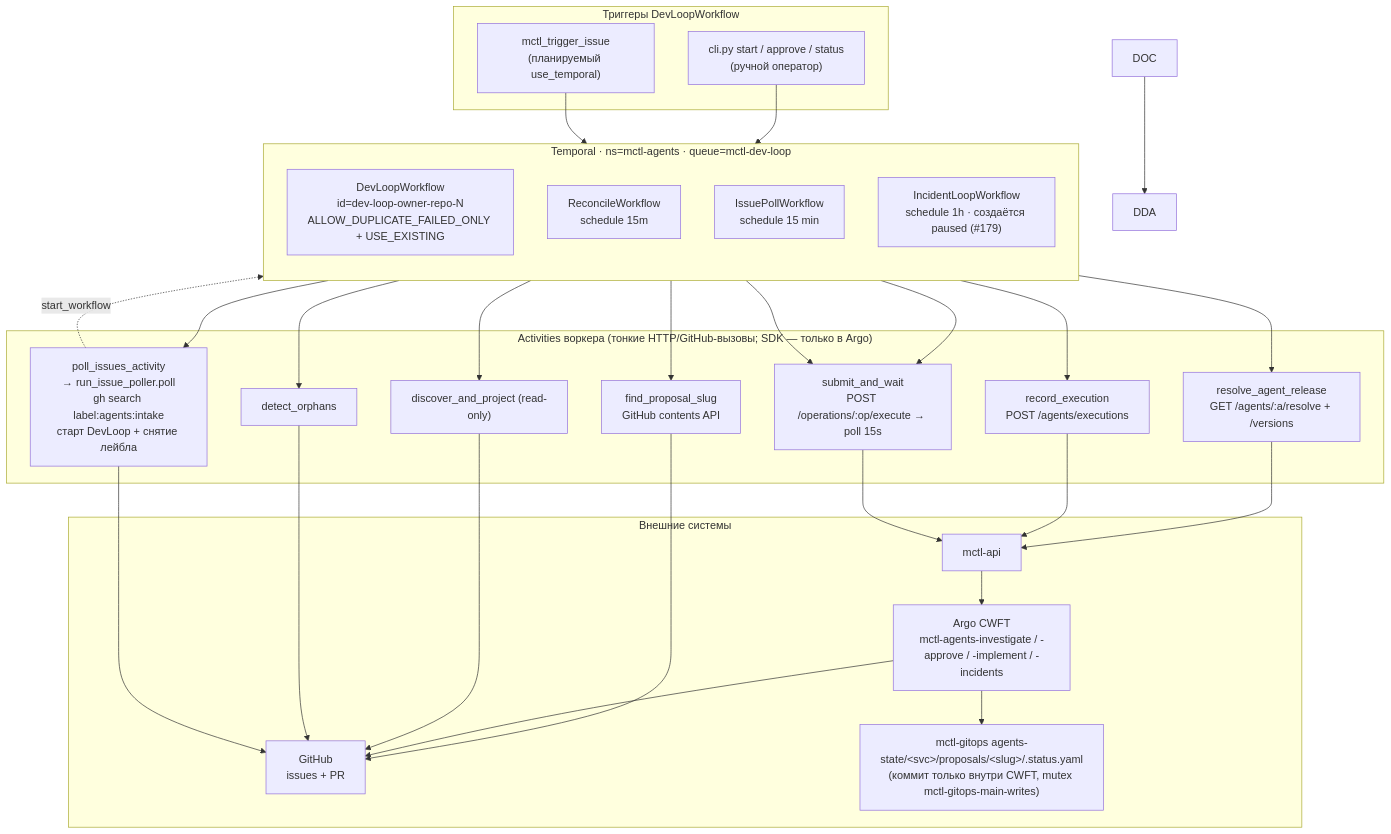
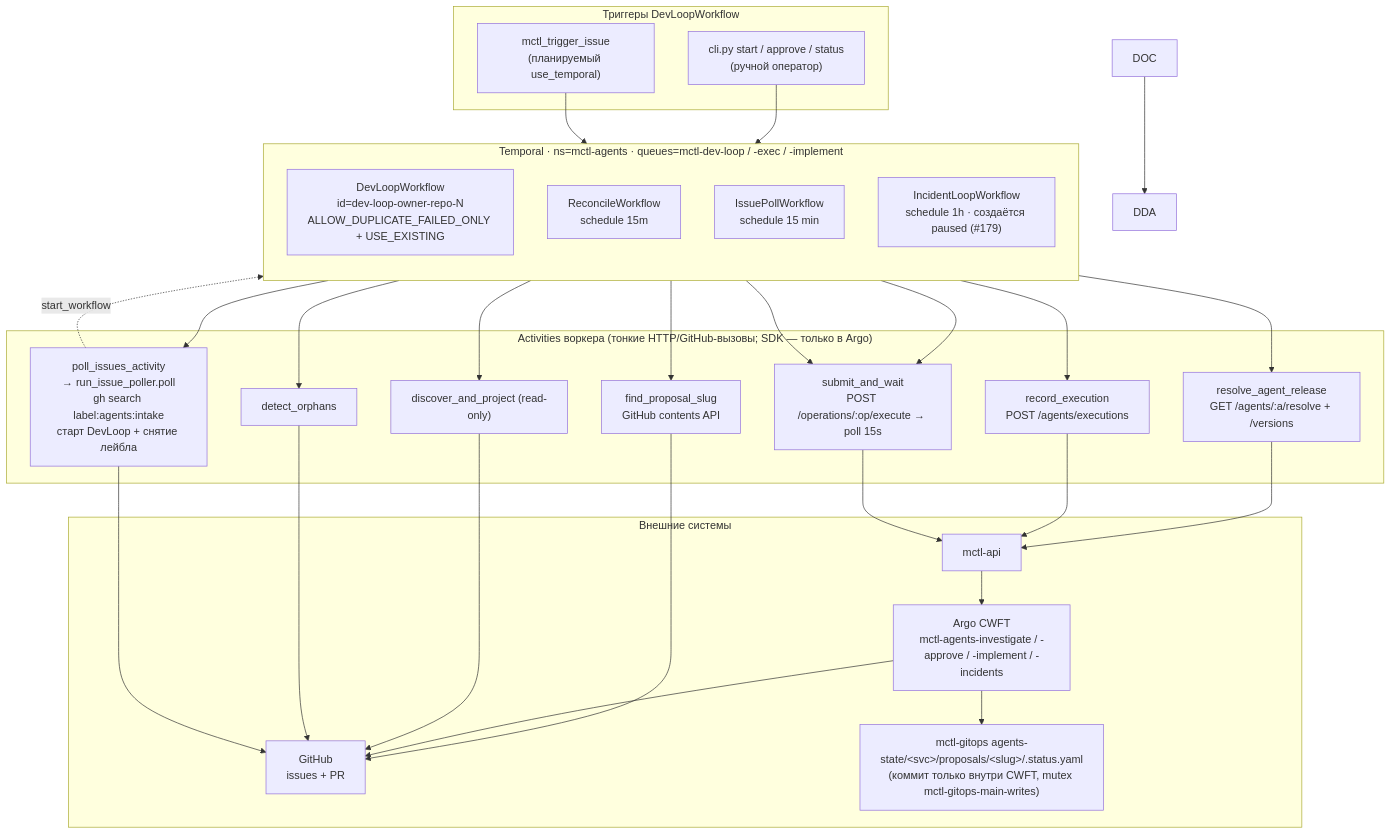
One commit to mctlhq/mctl-agents changed the first of 4 diagrams in docs/temporal-flow.md. Above: the diagram before and after it, drawn with Mermaid. The commit also changed 11 other files, not shown here.

````diff
--- a/docs/temporal-flow.md
+++ b/docs/temporal-flow.md
@@ -14,56 +14,56 @@
 ```mermaid
 flowchart TB
     subgraph TRIG["Триггеры DevLoopWorkflow"]
         CLI["cli.py start / approve / status<br/>(ручной оператор)"]
         MCP["mctl_trigger_issue<br/>(планируемый use_temporal)"]
     end
 
-    subgraph TMP["Temporal · ns=mctl-agents · queue=mctl-dev-loop"]
+    subgraph TMP["Temporal · ns=mctl-agents · queues=mctl-dev-loop / -exec / -implement"]
         direction TB
         DEV["DevLoopWorkflow<br/>id=dev-loop-owner-repo-N<br/>ALLOW_DUPLICATE_FAILED_ONLY + USE_EXISTING"]
         REC["ReconcileWorkflow<br/>schedule 15m"]
         ISS["IssuePollWorkflow<br/>schedule 15 min"]
         INC["IncidentLoopWorkflow<br/>schedule 1h · создаётся paused (#179)"]
     end
 
     subgraph ACT["Activities воркера (тонкие HTTP/GitHub-вызовы; SDK — только в Argo)"]
         RES["resolve_agent_release<br/>GET /agents/:a/resolve + /versions"]
         SUB["submit_and_wait<br/>POST /operations/:op/execute → poll 15s"]
         RECD["record_execution<br/>POST /agents/executions"]
         FPS["find_proposal_slug<br/>GitHub contents API"]
         DISC["discover_and_project (read-only)"]
         ORPH["detect_orphans"]
         IPA["poll_issues_activity<br/>→ run_issue_poller.poll<br/>gh search label:agents:intake<br/>старт DevLoop + снятие лейбла"]
     end
 
     subgraph EXT["Внешние системы"]
         API["mctl-api"]
         ARGO["Argo CWFT<br/>mctl-agents-investigate / -approve / -implement / -incidents"]
         GH["GitHub<br/>issues + PR"]
         GITOPS["mctl-gitops agents-state/&lt;svc&gt;/proposals/&lt;slug&gt;/.status.yaml<br/>(коммит только внутри CWFT, mutex mctl-gitops-main-writes)"]
     end
 
     CLI --> DEV
     MCP --> DEV
     ISS --> IPA
     IPA -. "start_workflow" .-> DEV
 
     DEV --> RES
     DEV --> SUB
     DEV --> RECD
     DEV --> FPS
     FPS --> GH
     REC --> DISC
     REC --> ORPH
     INC --> SUB
     DOC --> DDA
 
     RES --> API
     RECD --> API
     SUB --> API --> ARGO
     ARGO --> GITOPS
     ARGO --> GH
     DISC --> GH
     ORPH --> GH
     IPA --> GH
 ```
````
